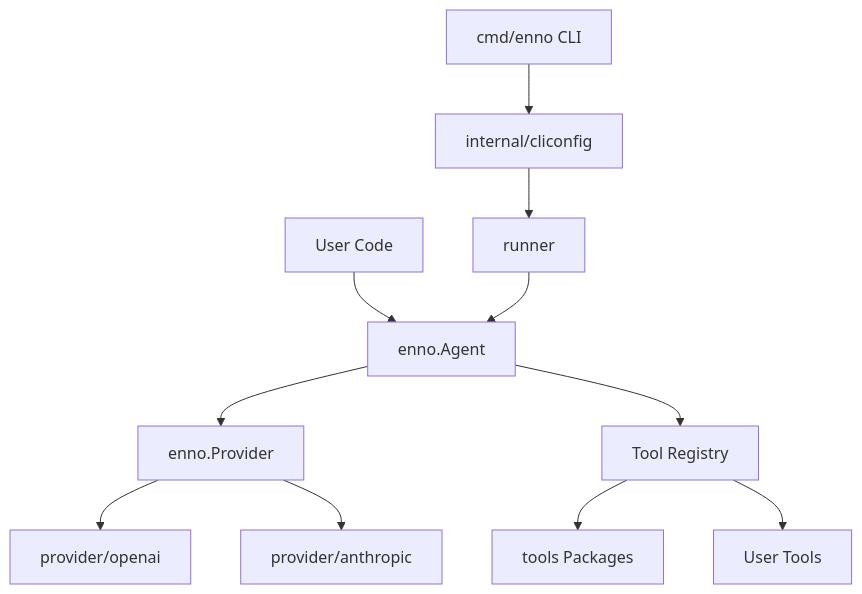
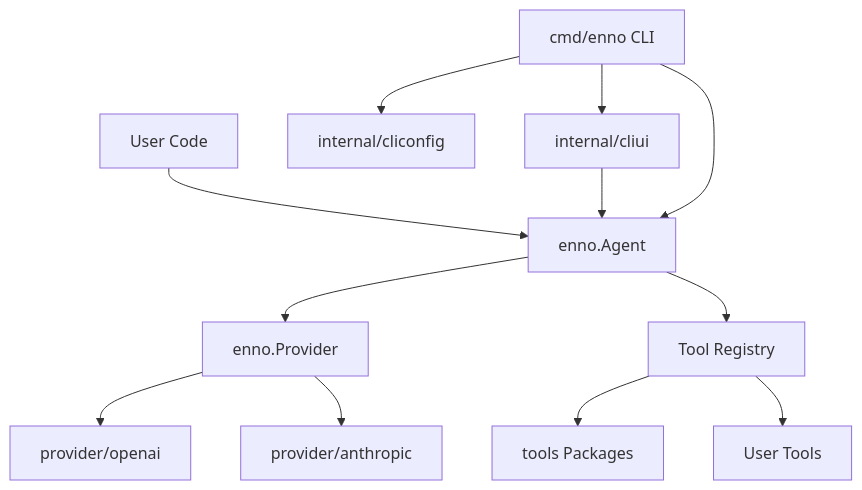
The diagram in docs/design.md (dean2021/enno), drawn with Mermaid before and after one commit. The commit also changed other lines of this file and 11 other files, not shown here.

````diff
--- a/docs/design.md
+++ b/docs/design.md
@@ -120,13 +116,14 @@
 ```mermaid
 flowchart TD
     userCode[User Code] --> agent[enno.Agent]
     cli[cmd/enno CLI] --> cliConfig[internal/cliconfig]
-    cliConfig --> runner[runner]
-    runner --> agent
+    cli --> cliUI[internal/cliui]
+    cliUI --> agent
+    cli --> agent
     agent --> providerIface[enno.Provider]
     providerIface --> openaiProvider[provider/openai]
     providerIface --> anthropicProvider[provider/anthropic]
     agent --> toolRegistry[Tool Registry]
     toolRegistry --> builtinTools[tools Packages]
     toolRegistry --> customTools[User Tools]
 ```
````
